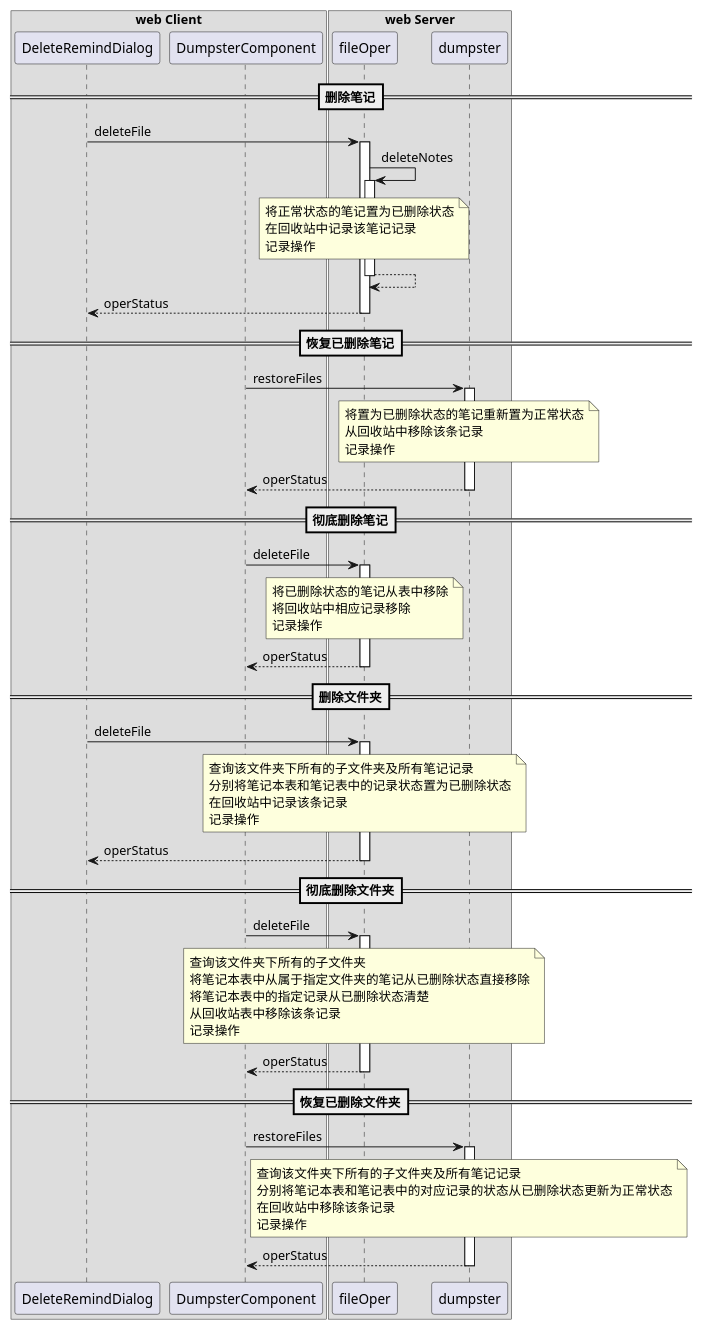
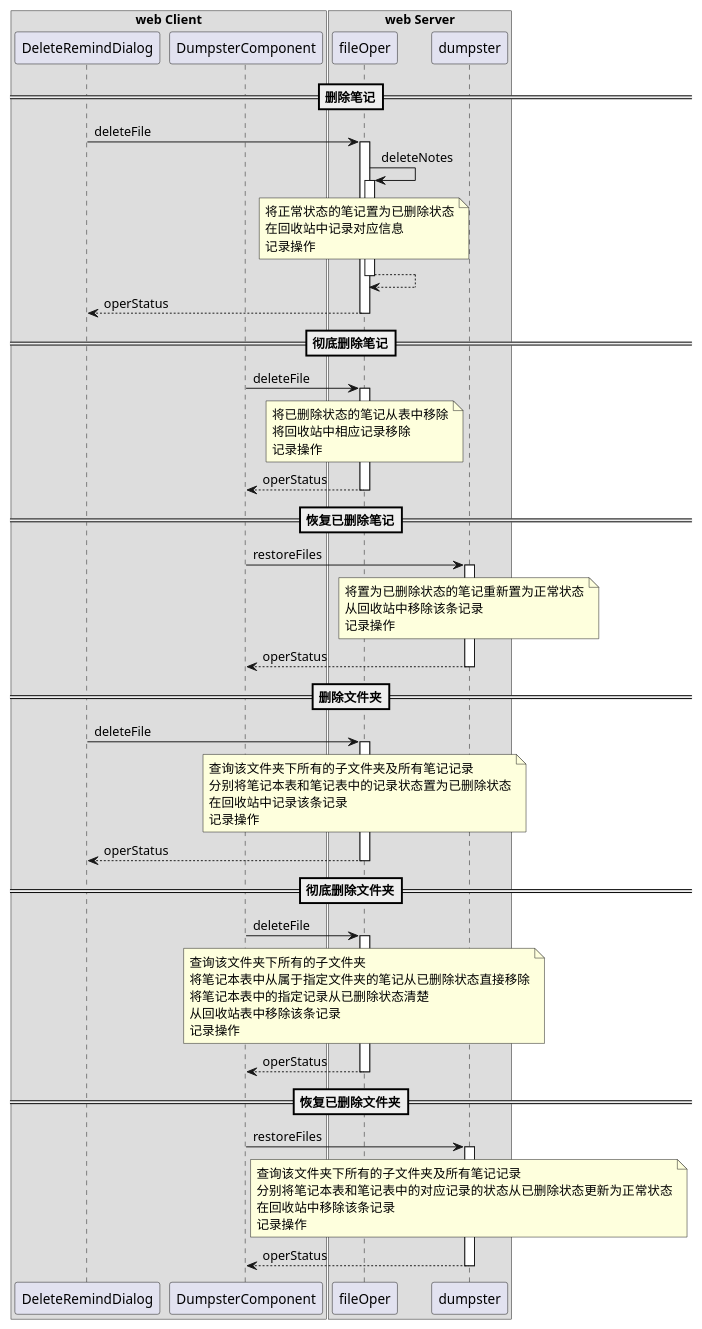
One commit to BetweenOneway/PersonalLearn changed the diagram in Web/between-network/docs/业务流程图.plantuml. Above: the diagram before and after it, drawn with PlantUML. The commit also changed 3 other files, not shown here.

```diff
--- a/Web/between-network/docs/业务流程图.plantuml
+++ b/Web/between-network/docs/业务流程图.plantuml
@@ -1,76 +1,76 @@
 @startuml
 autoactivate on
 
 box "web Client"
 participant DeleteRemindDialog
 participant DumpsterComponent
 end box
 
 box "web Server"
 participant fileOper
 participant dumpster
 end box
 
 ==删除笔记==
 DeleteRemindDialog->fileOper:deleteFile
     fileOper->fileOper:deleteNotes
         note over fileOper
             将正常状态的笔记置为已删除状态
-            在回收站中记录该笔记记录
+            在回收站中记录对应信息
             记录操作
         end note
     return
+return operStatus
+
+==彻底删除笔记==
+DumpsterComponent->fileOper:deleteFile
+    note over fileOper
+        将已删除状态的笔记从表中移除
+        将回收站中相应记录移除
+        记录操作
+    end note
 return operStatus
 
 ==恢复已删除笔记==
 DumpsterComponent->dumpster:restoreFiles
     note over dumpster
         将置为已删除状态的笔记重新置为正常状态
         从回收站中移除该条记录
-        记录操作
-    end note
-return operStatus
-
-==彻底删除笔记==
-DumpsterComponent->fileOper:deleteFile
-    note over fileOper
-        将已删除状态的笔记从表中移除
-        将回收站中相应记录移除
         记录操作
     end note
 return operStatus
 
 ==删除文件夹==
 
 DeleteRemindDialog->fileOper:deleteFile
     note over fileOper
         查询该文件夹下所有的子文件夹及所有笔记记录
         分别将笔记本表和笔记表中的记录状态置为已删除状态
         在回收站中记录该条记录
         记录操作
     end note
 return operStatus
 
 ==彻底删除文件夹==
 
 DumpsterComponent->fileOper:deleteFile
     note over fileOper
         查询该文件夹下所有的子文件夹
         将笔记本表中从属于指定文件夹的笔记从已删除状态直接移除
         将笔记本表中的指定记录从已删除状态清楚
         从回收站表中移除该条记录
         记录操作
     end note
 return operStatus
 
 ==恢复已删除文件夹==
 
 DumpsterComponent->dumpster:restoreFiles
     note over dumpster
         查询该文件夹下所有的子文件夹及所有笔记记录
         分别将笔记本表和笔记表中的对应记录的状态从已删除状态更新为正常状态
         在回收站中移除该条记录
         记录操作
     end note
 return operStatus
 @enduml
```
